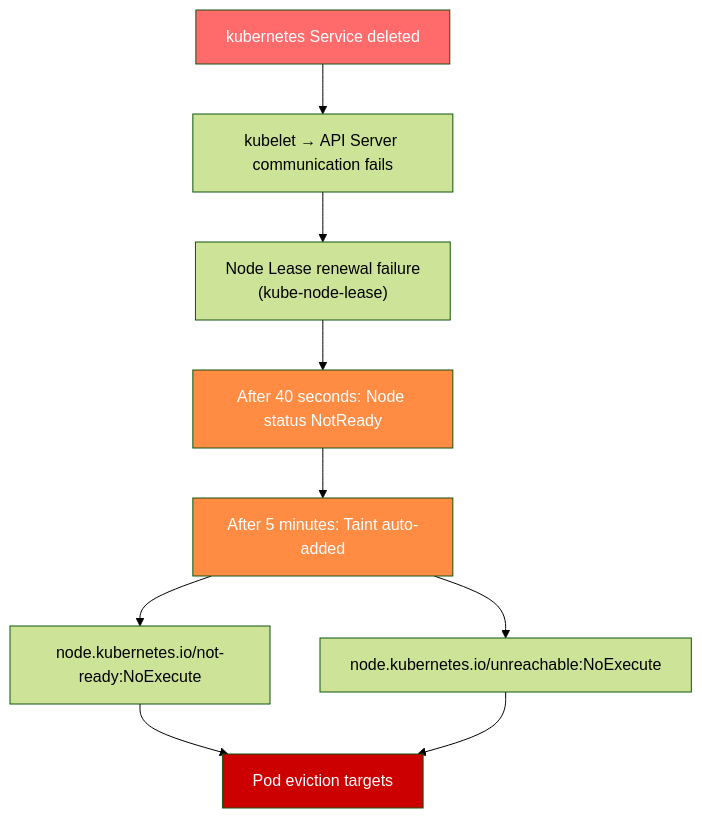
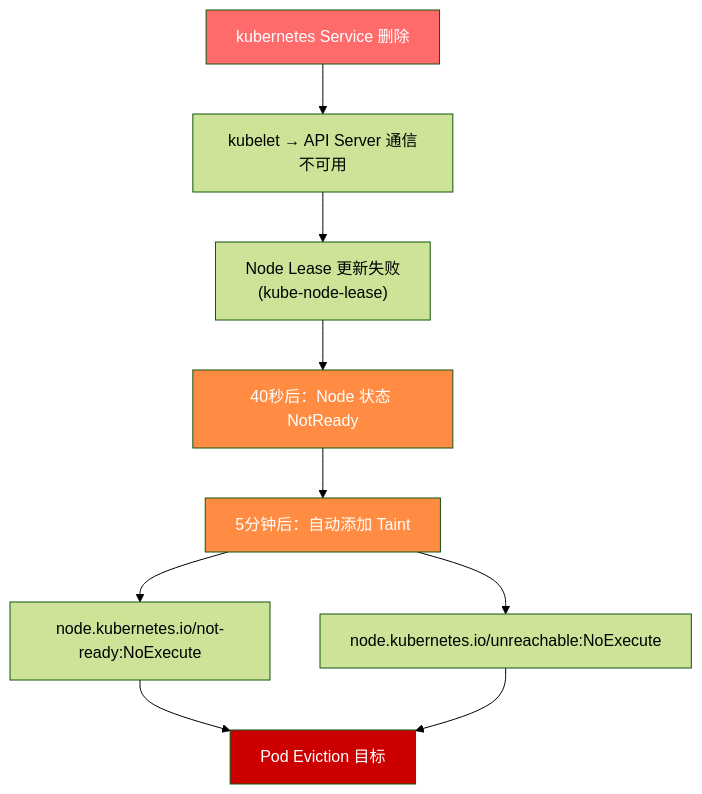
Before and after one commit to devfloor9/engineering-playbook: the second of 2 diagrams in i18n/zh/docusaurus-plugin-content-docs/current/security-governance/default-namespace-incident.md, drawn with Mermaid (forest theme). The commit also changed other lines of this file and 111 other files, not shown here.

````diff
--- a/i18n/zh/docusaurus-plugin-content-docs/current/security-governance/default-namespace-incident.md
+++ b/i18n/zh/docusaurus-plugin-content-docs/current/security-governance/default-namespace-incident.md
@@ -83,16 +82,16 @@
 ```mermaid
 flowchart TD
-    A["kubernetes Service deleted"] --> B["kubelet → API Server communication fails"]
-    B --> C["Node Lease renewal failure<br/>(kube-node-lease)"]
-    C --> D["After 40 seconds: Node status NotReady"]
-    D --> E["After 5 minutes: Taint auto-added"]
+    A["kubernetes Service 删除"] --> B["kubelet → API Server 通信不可用"]
+    B --> C["Node Lease 更新失败<br/>(kube-node-lease)"]
+    C --> D["40秒后：Node 状态 NotReady"]
+    D --> E["5分钟后：自动添加 Taint"]
     E --> F["node.kubernetes.io/not-ready:NoExecute"]
     E --> G["node.kubernetes.io/unreachable:NoExecute"]
-    F --> H["Pod eviction targets"]
+    F --> H["Pod Eviction 目标"]
     G --> H
 
     style A fill:#ff6b6b,color:#fff
     style D fill:#ff8c42,color:#fff
     style E fill:#ff8c42,color:#fff
     style H fill:#cc0000,color:#fff
 ```
````
